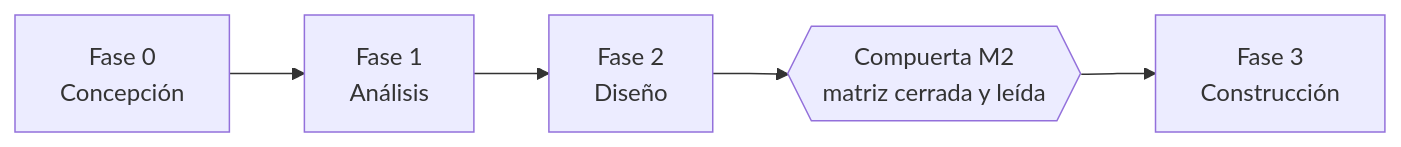
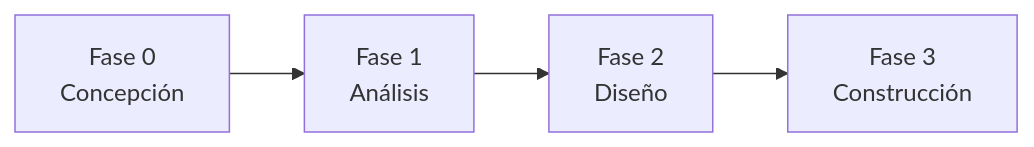
The diagram in docs/README.md (estebanvasquez0204-cyber/Mesa-TI-Solicitud-e-Incidente-), drawn with Mermaid before and after one commit. The commit also changed other lines of this file and 2 other files, not shown here.

Commit message:
docs: quitar la Compuerta M2 de los índices de fases
Claude-Session: https://claude.ai/code/session_01SDmrHCpNtnnsT2GL3GZF5J

````diff
--- a/docs/README.md
+++ b/docs/README.md
@@ -16,4 +16,4 @@
 ```mermaid
 flowchart LR
-    F0[Fase 0<br/>Concepción] --> F1[Fase 1<br/>Análisis] --> F2[Fase 2<br/>Diseño] --> M2{{Compuerta M2<br/>matriz cerrada y leída}} --> F3[Fase 3<br/>Construcción]
+    F0[Fase 0<br/>Concepción] --> F1[Fase 1<br/>Análisis] --> F2[Fase 2<br/>Diseño] --> F3[Fase 3<br/>Construcción]
 ```
````
